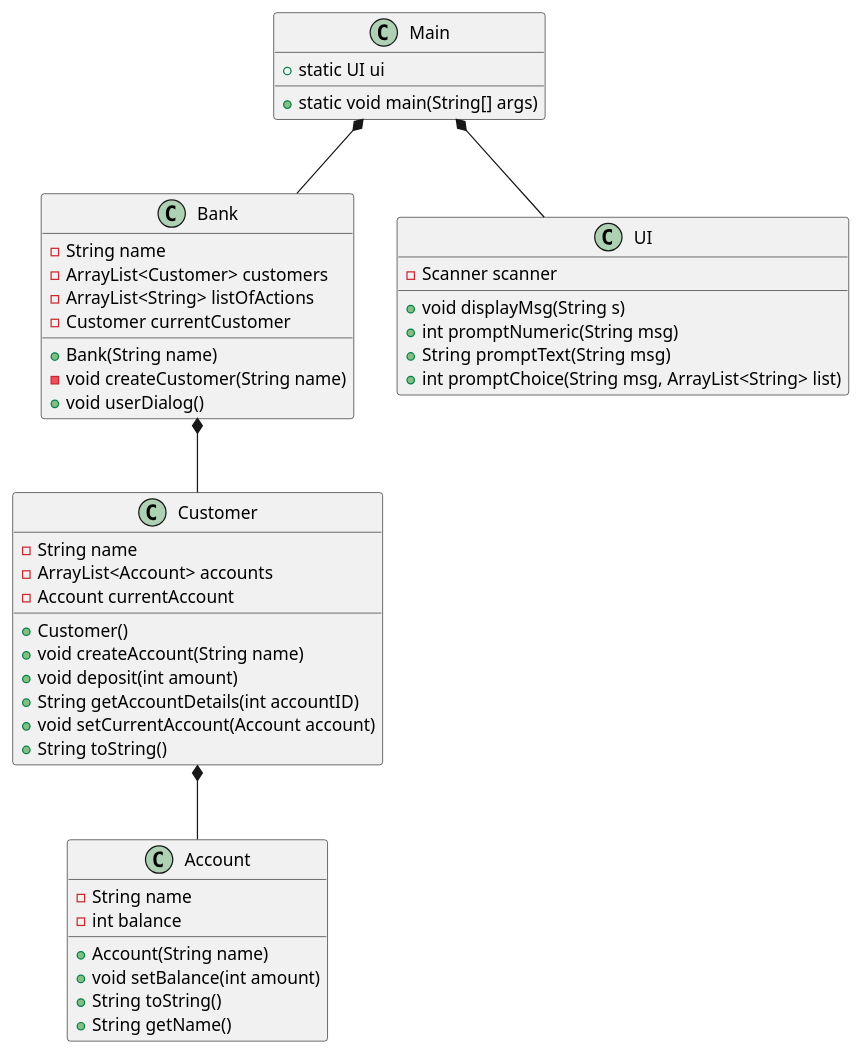
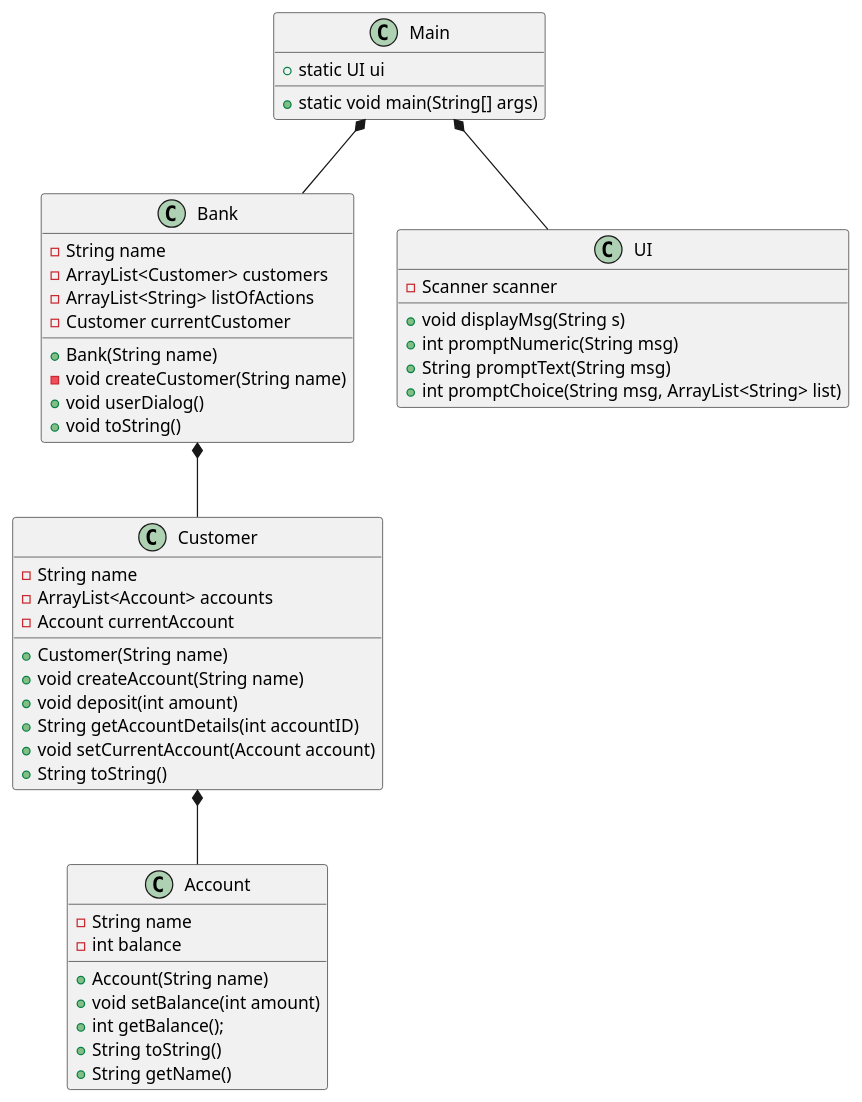
The diagram in doc/classdiagram.puml (montif16/BankSystem), drawn with PlantUML before and after one commit. The commit also changed 6 other files, not shown here.

```diff
--- a/doc/classdiagram.puml
+++ b/doc/classdiagram.puml
@@ -1,51 +1,53 @@
 @startuml
 class Main{
 + static UI ui
 + static void main(String[] args)
 }
 
 
 class Bank{
  - String name
  - ArrayList<Customer> customers
  - ArrayList<String> listOfActions
+ - Customer currentCustomer
  + Bank(String name)
- - Customer currentCustomer
  - void createCustomer(String name)
  + void userDialog()
+ + void toString()
 }
 
 class Customer{
 - String name
 - ArrayList<Account> accounts
 - Account currentAccount
-+ Customer()
++ Customer(String name)
 + void createAccount(String name)
 + void deposit(int amount)
 + String getAccountDetails(int accountID)
 + void setCurrentAccount(Account account)
 + String toString()
 }
 class Account{
 - String name
 - int balance
 + Account(String name)
 + void setBalance(int amount)
++ int getBalance();
 + String toString()
 + String getName()
 }
 
 class UI{
 - Scanner scanner
 + void displayMsg(String s)
 + int promptNumeric(String msg)
 + String promptText(String msg)
 + int promptChoice(String msg, ArrayList<String> list)
 
 }
 
 Main *-- UI
 Main *-- Bank
 Bank *-- Customer
 Customer *-- Account
 @enduml
```
